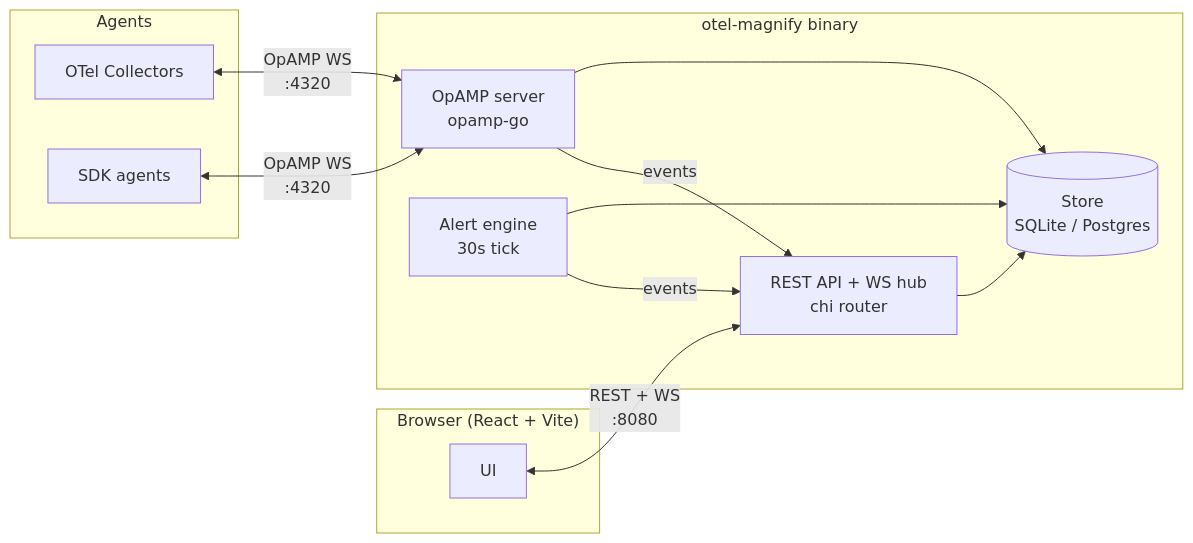
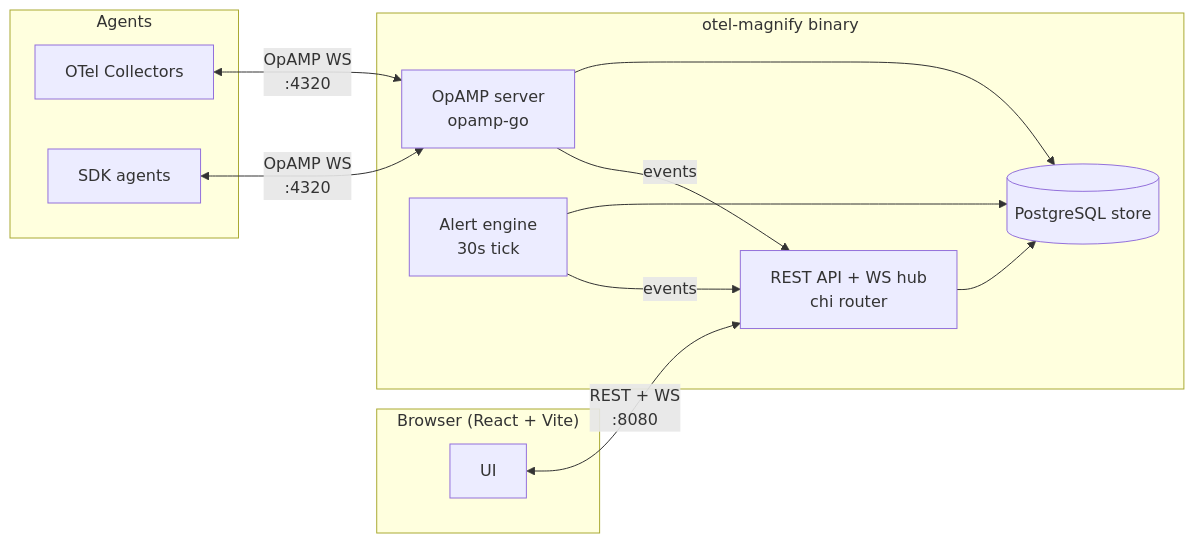
One commit to Magnify-Labs/otel-magnify changed the diagram in docs/developers/architecture.md. Above: the diagram before and after it, drawn with Mermaid. The commit also changed other lines of this file and 15 other files, not shown here.

Commit message:
feat: require PostgreSQL deployments

````diff
--- a/docs/developers/architecture.md
+++ b/docs/developers/architecture.md
@@ -7,25 +7,25 @@
 ```mermaid
 flowchart LR
     subgraph browser["Browser (React + Vite)"]
         ui[UI]
     end
     subgraph binary["otel-magnify binary"]
         api[REST API + WS hub<br/>chi router]
         opamp[OpAMP server<br/>opamp-go]
         alerts[Alert engine<br/>30s tick]
-        store[(Store<br/>SQLite / Postgres)]
+        store[(PostgreSQL store)]
     end
     subgraph agents["Agents"]
         col[OTel Collectors]
         sdk[SDK agents]
     end
 
     ui <-->|REST + WS<br/>:8080| api
     col <-->|OpAMP WS<br/>:4320| opamp
     sdk <-->|OpAMP WS<br/>:4320| opamp
     api --> store
     opamp --> store
     alerts --> store
     alerts -->|events| api
     opamp -->|events| api
 ```
````
